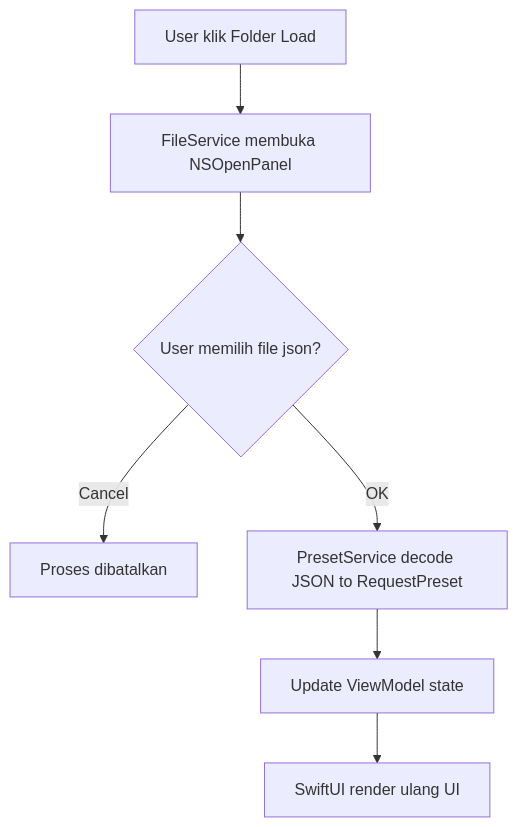
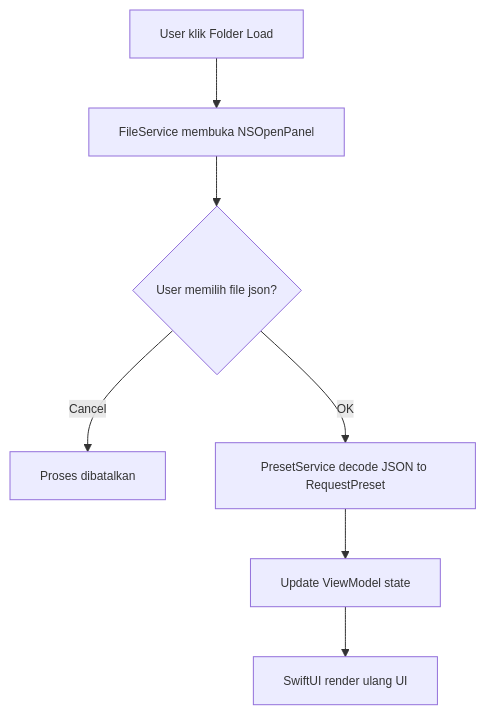
One commit to nunutech40/Postie changed the third of 3 diagrams in README.md. Above: the diagram before and after it, drawn with Mermaid. The commit also changed other lines of this file, not shown here.

Commit message:
update mermaid flowchart in readme

````diff
--- a/README.md
+++ b/README.md
@@ -116,9 +118,10 @@
 ```mermaid
+%%{init: {'themeVariables': { 'fontSize': '12px' }}}%%
 flowchart TD
     A[User klik Folder Load] --> B[FileService membuka NSOpenPanel]
     B --> C{User memilih file json?}
     C -- Cancel --> D[Proses dibatalkan]
     C -- OK --> E[PresetService decode JSON to RequestPreset]
     E --> F[Update ViewModel state]
     F --> G[SwiftUI render ulang UI]
 ```
````
